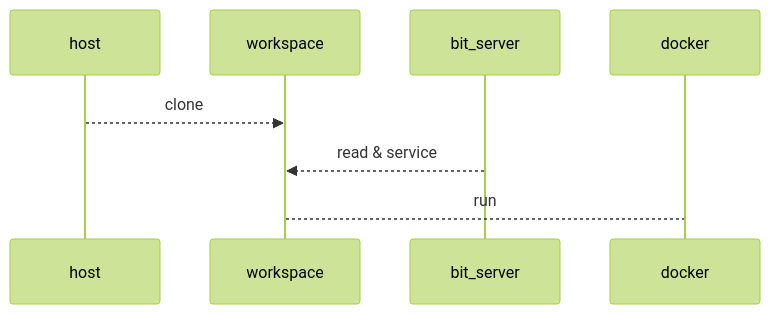
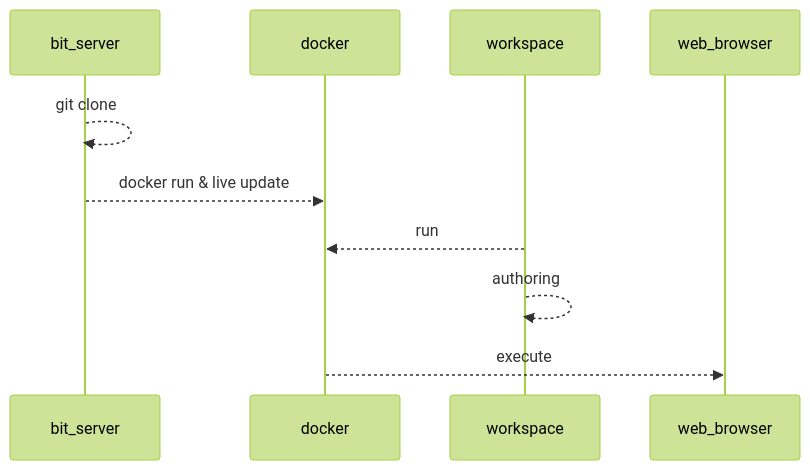
The first of 2 diagrams in README.md (bit2r/bit-edu-server), drawn with Mermaid (forest theme) before and after one commit. The commit also changed other lines of this file and 2 other files, not shown here.

````diff
--- a/README.md
+++ b/README.md
@@ -83,6 +102,8 @@
 ```mermaid
 sequenceDiagram
-host -->> workspace : clone
-bit_server -->> workspace : read & service
-workspace --> docker : run
+bit_server -->> bit_server : git clone
+bit_server -->> docker : docker run & live update
+workspace -->> docker : run 
+workspace -->> workspace : authoring
+docker -->> web_browser : execute
 ```
````
